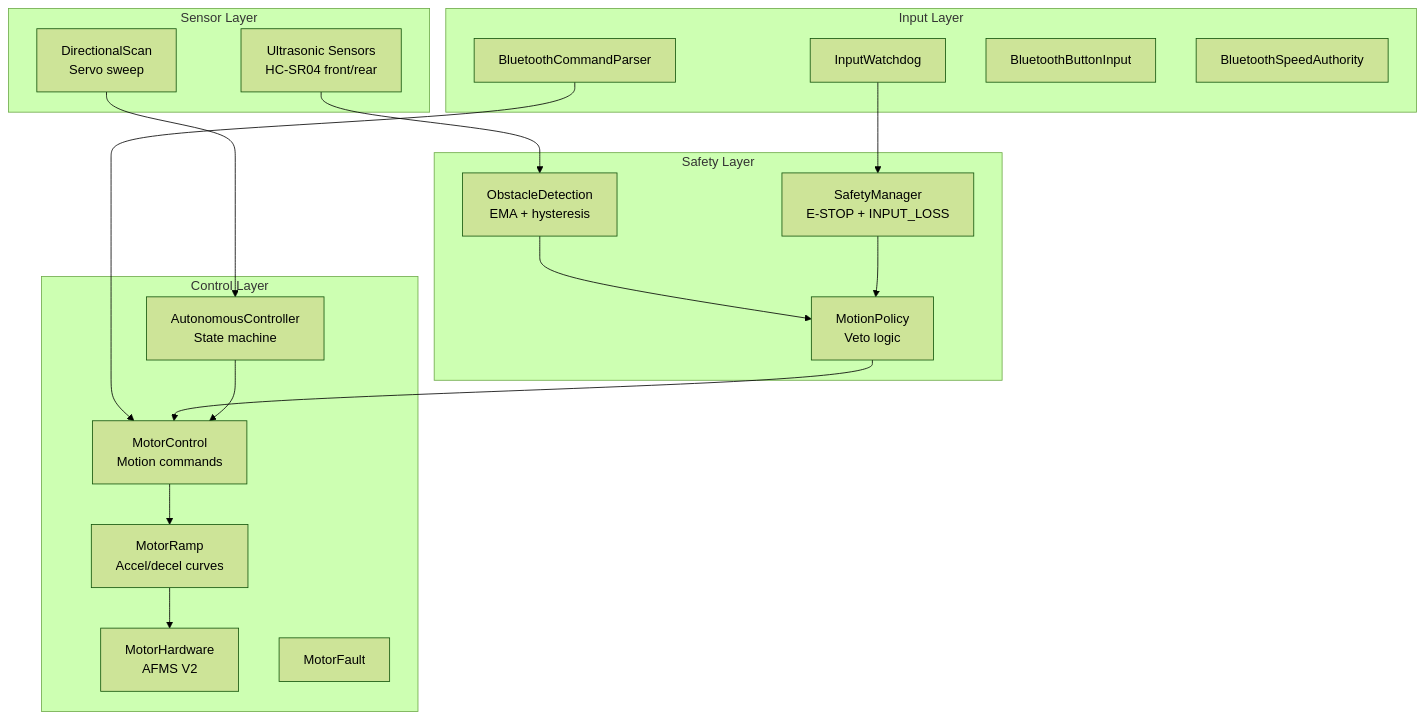
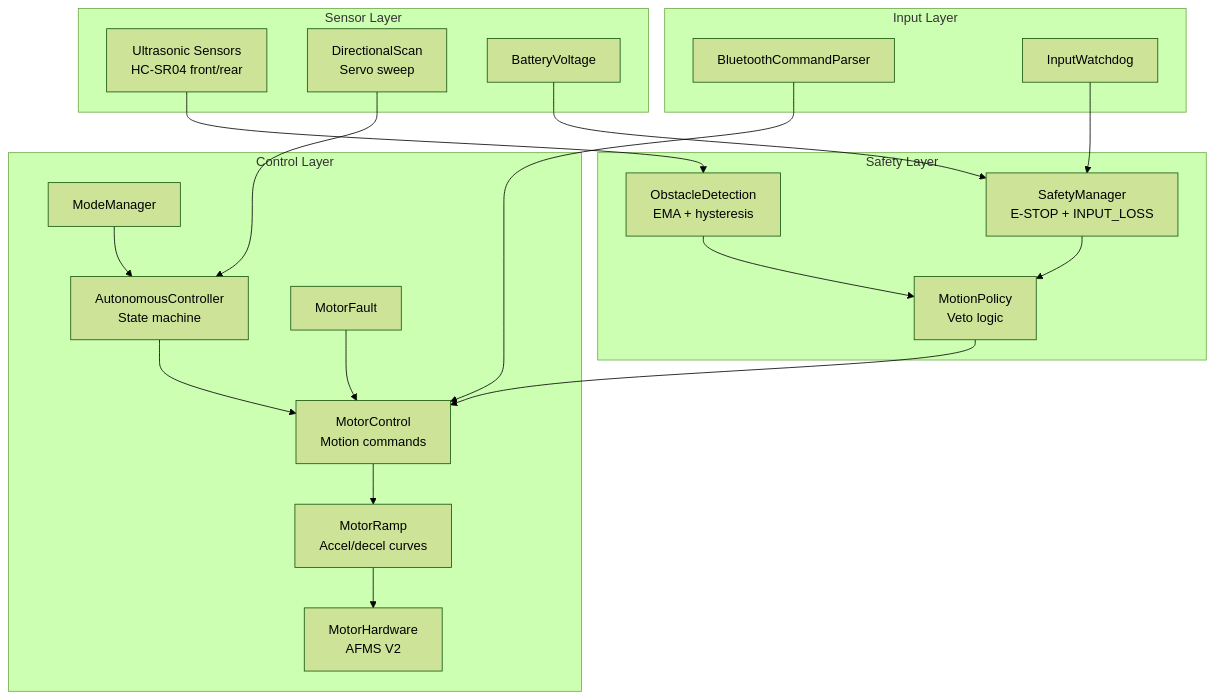
The first of 4 diagrams in Project-MecanumCar_ARCHITECTURE.md (ken47-1/Project_MecanumCar), drawn with Mermaid (forest theme) before and after one commit. The commit also changed other lines of this file and 1 other file, not shown here.

````diff
--- a/Project-MecanumCar_ARCHITECTURE.md
+++ b/Project-MecanumCar_ARCHITECTURE.md
@@ -120,39 +119,42 @@
 ```mermaid
-flowchart TB
+graph TB
     subgraph Input["Input Layer"]
         BT[BluetoothCommandParser]
         WD[InputWatchdog]
-        BA[BluetoothButtonInput]
-        SA[BluetoothSpeedAuthority]
     end
 
     subgraph Sensors["Sensor Layer"]
         US[Ultrasonic Sensors<br>HC-SR04 front/rear]
         DS[DirectionalScan<br>Servo sweep]
+        BV[BatteryVoltage]
     end
 
     subgraph Safety["Safety Layer"]
         OD[ObstacleDetection<br>EMA + hysteresis]
         SM[SafetyManager<br>E-STOP + INPUT_LOSS]
         MP[MotionPolicy<br>Veto logic]
     end
 
     subgraph Control["Control Layer"]
         MC[MotorControl<br>Motion commands]
         MR[MotorRamp<br>Accel/decel curves]
         MH[MotorHardware<br>AFMS V2]
         AM[AutonomousController<br>State machine]
         MF[MotorFault]
+        MD[ModeManager]
     end
 
     BT --> MC
     WD --> SM
     US --> OD
     DS --> AM
+    BV --> SM
     OD --> MP
     SM --> MP
     MP --> MC
     AM --> MC
     MC --> MR
     MR --> MH
+    MF --> MC
+    MD --> AM
 ```
````
